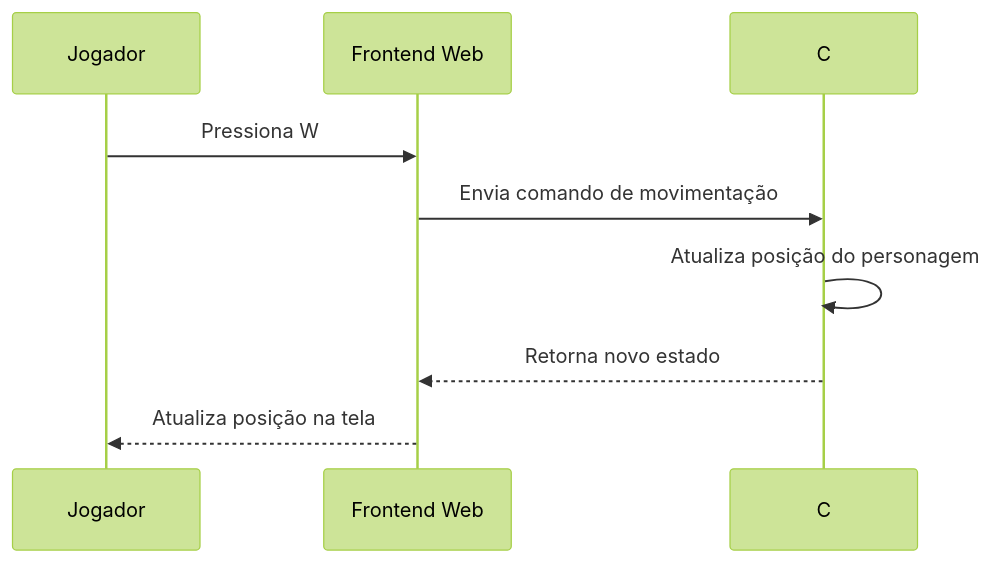
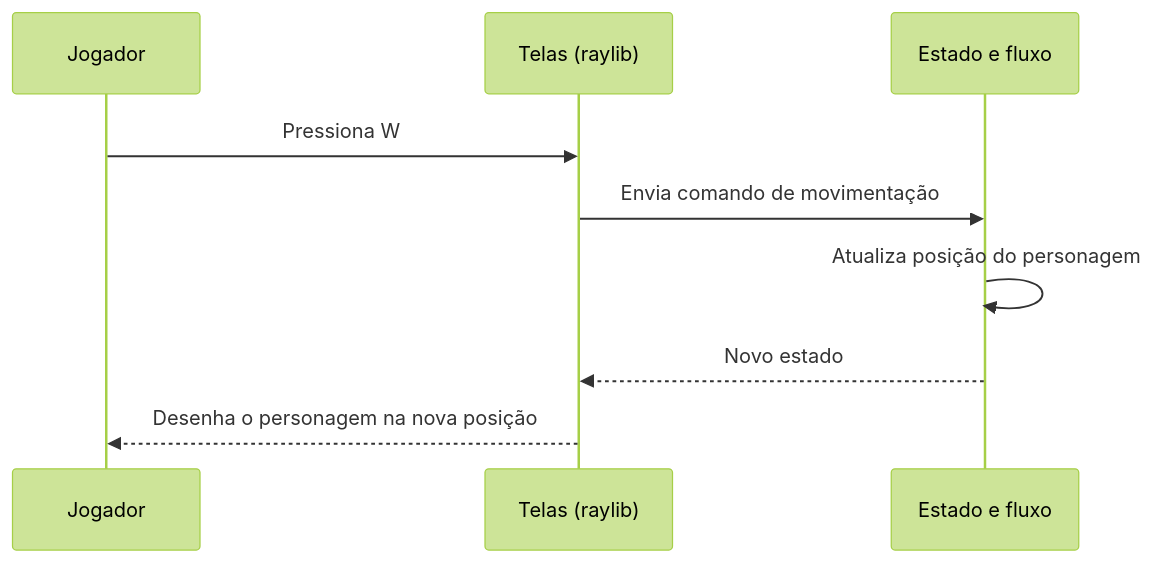
Before and after one commit to cms7-bot/else: the sixth of 8 diagrams in Documentação/requisitos-modelagem-arquitetura.md, drawn with Mermaid (forest theme). The commit also changed other lines of this file and 4 other files, not shown here.

````diff
--- a/Documentação/requisitos-modelagem-arquitetura.md
+++ b/Documentação/requisitos-modelagem-arquitetura.md
@@ -424,12 +412,12 @@
 ```mermaid
 sequenceDiagram
     participant J as Jogador
-    participant F as Frontend Web
-    participant C as C
+    participant R as Telas (raylib)
+    participant C as Estado e fluxo
 
-    J->>F: Pressiona W
-    F->>C: Envia comando de movimentação
+    J->>R: Pressiona W
+    R->>C: Envia comando de movimentação
     C->>C: Atualiza posição do personagem
-    C-->>F: Retorna novo estado
-    F-->>J: Atualiza posição na tela
+    C-->>R: Novo estado
+    R-->>J: Desenha o personagem na nova posição
 ```
````
